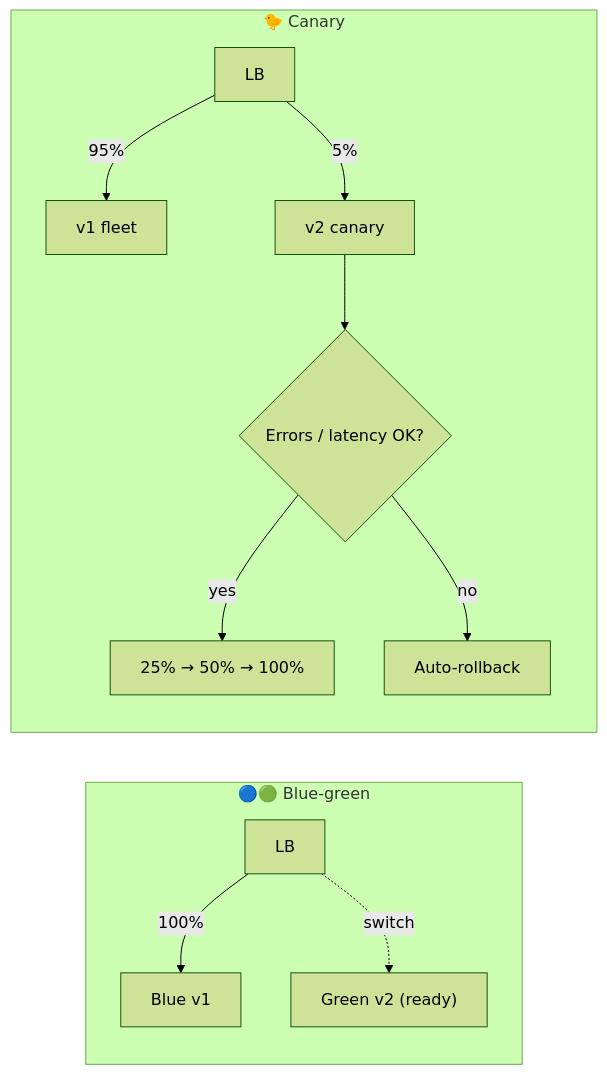
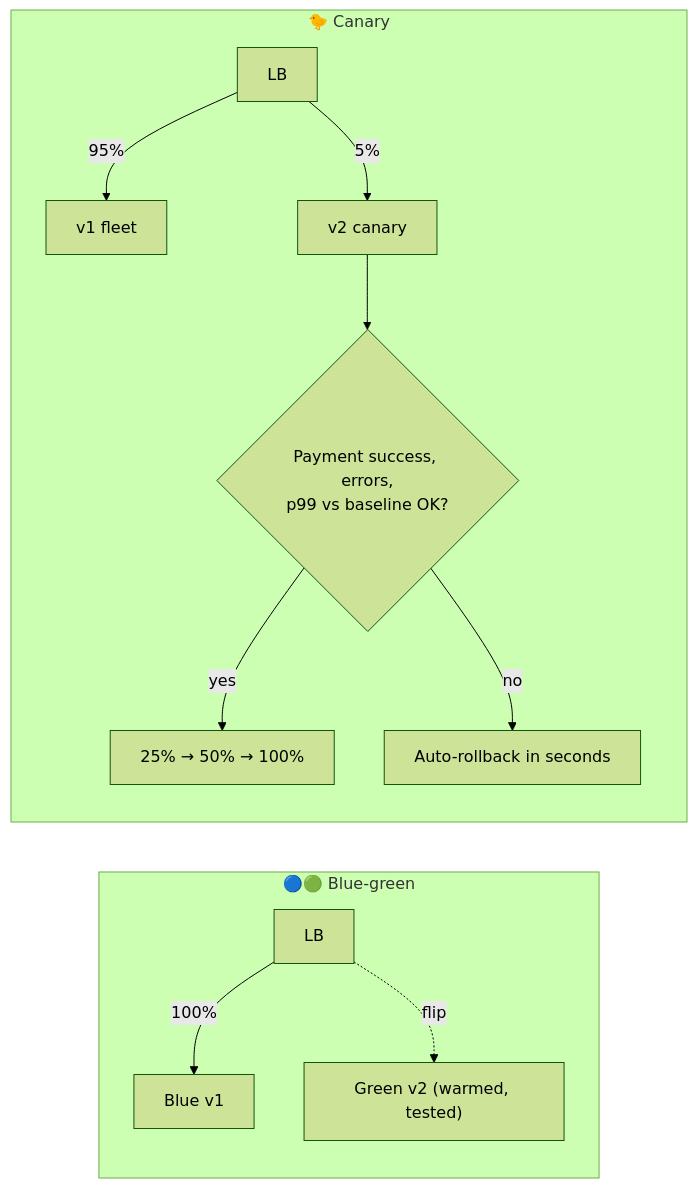
One commit to winnyboy5/System-Design-from-Atoms changed the diagram in phases/08-reliability-ops/068-deployment-strategies.md. Above: the diagram before and after it, drawn with Mermaid (forest theme). The commit also changed other lines of this file and 9 other files, not shown here.

````diff
--- a/phases/08-reliability-ops/068-deployment-strategies.md
+++ b/phases/08-reliability-ops/068-deployment-strategies.md
@@ -28,14 +38,14 @@
 ```mermaid
 flowchart LR
     subgraph BG["🔵🟢 Blue-green"]
         LB1["LB"] -->|"100%"| BLUE["Blue v1"]
-        LB1 -.->|"switch"| GREEN["Green v2 (ready)"]
+        LB1 -.->|"flip"| GREEN["Green v2 (warmed, tested)"]
     end
     subgraph CAN["🐤 Canary"]
         LB2["LB"] -->|"95%"| V1["v1 fleet"]
         LB2 -->|"5%"| V2["v2 canary"]
-        V2 --> MON{"Errors / latency OK?"}
+        V2 --> MON{"Payment success, errors,<br/>p99 vs baseline OK?"}
         MON -->|"yes"| PROMOTE["25% → 50% → 100%"]
-        MON -->|"no"| ROLLBACK["Auto-rollback"]
+        MON -->|"no"| ROLLBACK["Auto-rollback in seconds"]
     end
 ```
````
